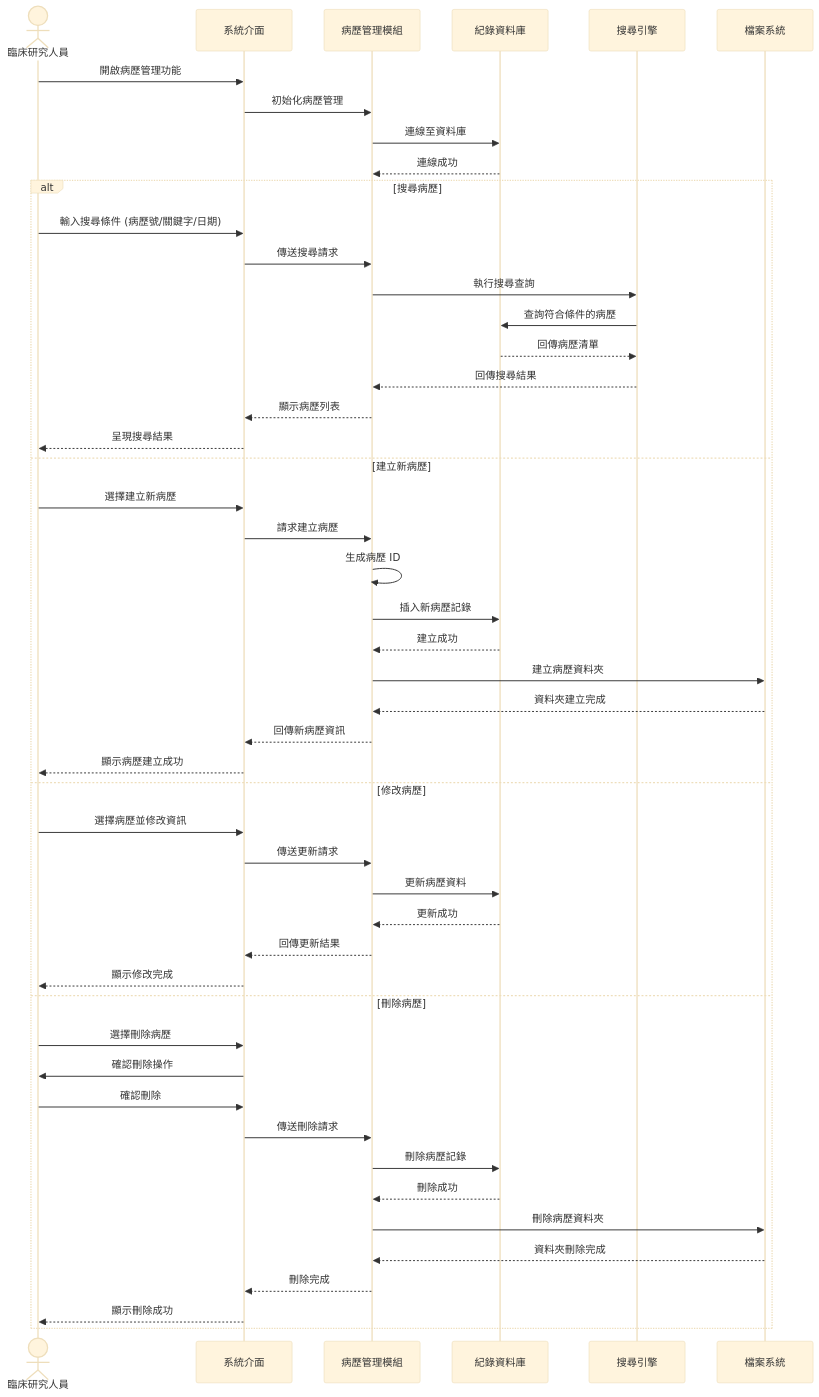
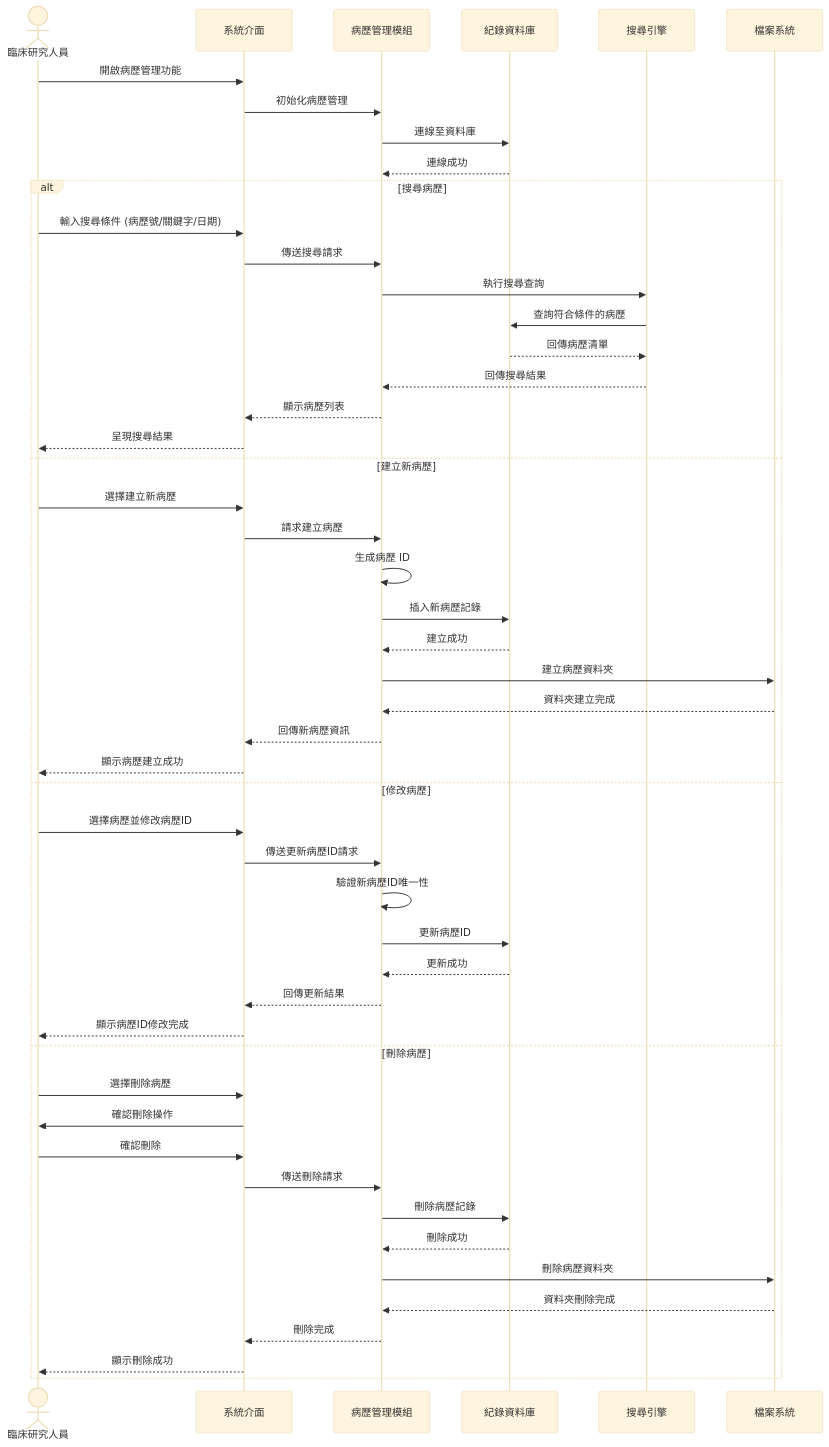
The eighth of 9 diagrams in hw5.md (Zero-cloud112/project), drawn with Mermaid (base theme) before and after one commit. The commit also changed other lines of this file, not shown here.

````diff
--- a/hw5.md
+++ b/hw5.md
@@ -588,53 +588,54 @@
 ```mermaid
 sequenceDiagram
     actor 臨床研究人員
     participant 系統介面
     participant 病歷管理模組
     participant 紀錄資料庫
     participant 搜尋引擎
     participant 檔案系統
 
     臨床研究人員->>系統介面: 開啟病歷管理功能
     系統介面->>病歷管理模組: 初始化病歷管理
     病歷管理模組->>紀錄資料庫: 連線至資料庫
     紀錄資料庫-->>病歷管理模組: 連線成功
     
     alt 搜尋病歷
         臨床研究人員->>系統介面: 輸入搜尋條件 (病歷號/關鍵字/日期)
         系統介面->>病歷管理模組: 傳送搜尋請求
         病歷管理模組->>搜尋引擎: 執行搜尋查詢
         搜尋引擎->>紀錄資料庫: 查詢符合條件的病歷
         紀錄資料庫-->>搜尋引擎: 回傳病歷清單
         搜尋引擎-->>病歷管理模組: 回傳搜尋結果
         病歷管理模組-->>系統介面: 顯示病歷列表
         系統介面-->>臨床研究人員: 呈現搜尋結果
     else 建立新病歷
         臨床研究人員->>系統介面: 選擇建立新病歷
         系統介面->>病歷管理模組: 請求建立病歷
         病歷管理模組->>病歷管理模組: 生成病歷 ID
         病歷管理模組->>紀錄資料庫: 插入新病歷記錄
         紀錄資料庫-->>病歷管理模組: 建立成功
         病歷管理模組->>檔案系統: 建立病歷資料夾
         檔案系統-->>病歷管理模組: 資料夾建立完成
         病歷管理模組-->>系統介面: 回傳新病歷資訊
         系統介面-->>臨床研究人員: 顯示病歷建立成功
     else 修改病歷
-        臨床研究人員->>系統介面: 選擇病歷並修改資訊
-        系統介面->>病歷管理模組: 傳送更新請求
-        病歷管理模組->>紀錄資料庫: 更新病歷資料
+        臨床研究人員->>系統介面: 選擇病歷並修改病歷ID
+        系統介面->>病歷管理模組: 傳送更新病歷ID請求
+        病歷管理模組->>病歷管理模組: 驗證新病歷ID唯一性
+        病歷管理模組->>紀錄資料庫: 更新病歷ID
         紀錄資料庫-->>病歷管理模組: 更新成功
         病歷管理模組-->>系統介面: 回傳更新結果
-        系統介面-->>臨床研究人員: 顯示修改完成
+        系統介面-->>臨床研究人員: 顯示病歷ID修改完成
     else 刪除病歷
         臨床研究人員->>系統介面: 選擇刪除病歷
         系統介面->>臨床研究人員: 確認刪除操作
         臨床研究人員->>系統介面: 確認刪除
         系統介面->>病歷管理模組: 傳送刪除請求
         病歷管理模組->>紀錄資料庫: 刪除病歷記錄
         紀錄資料庫-->>病歷管理模組: 刪除成功
         病歷管理模組->>檔案系統: 刪除病歷資料夾
         檔案系統-->>病歷管理模組: 資料夾刪除完成
         病歷管理模組-->>系統介面: 刪除完成
         系統介面-->>臨床研究人員: 顯示刪除成功
     end
 ```
````
